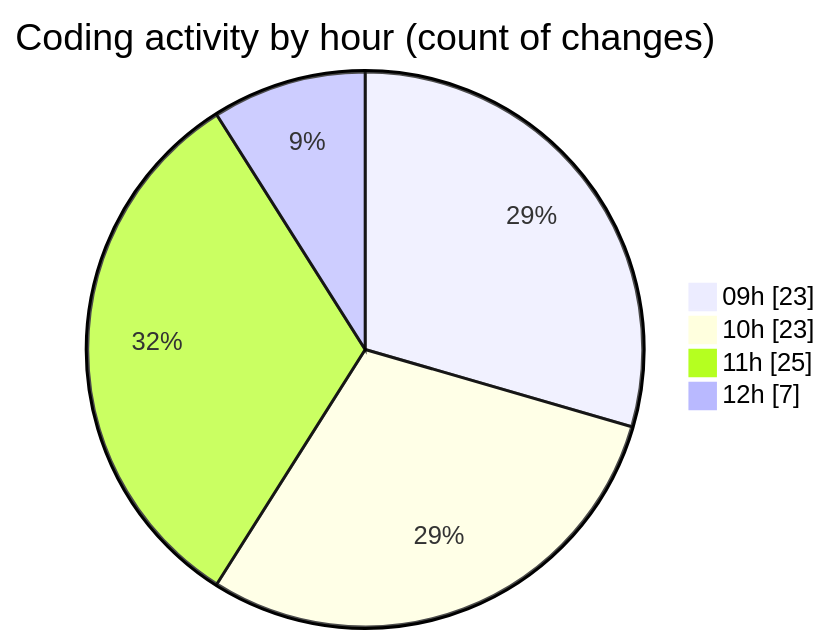
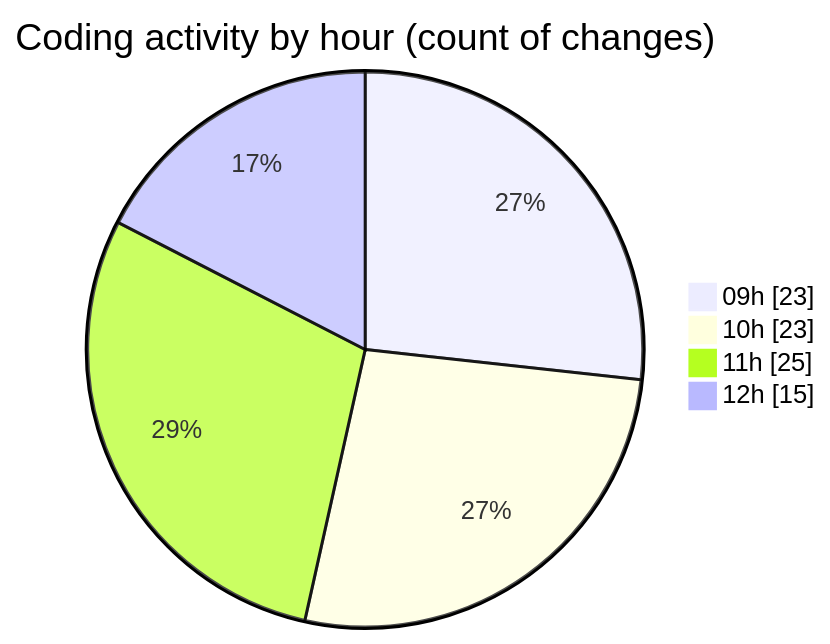
One commit to momahboobian/code-tracking changed the second of 2 diagrams in 2025-10-23/cda/README.md. Above: the diagram before and after it, drawn with Mermaid. The commit also changed other lines of this file and 1 other file, not shown here.

````diff
--- a/2025-10-23/cda/README.md
+++ b/2025-10-23/cda/README.md
@@ -31,8 +31,8 @@
 ```mermaid
 pie showData
 title Coding activity by hour (count of changes)
 "09h" : 23
 "10h" : 23
 "11h" : 25
-"12h" : 7
+"12h" : 15
 ```
````
